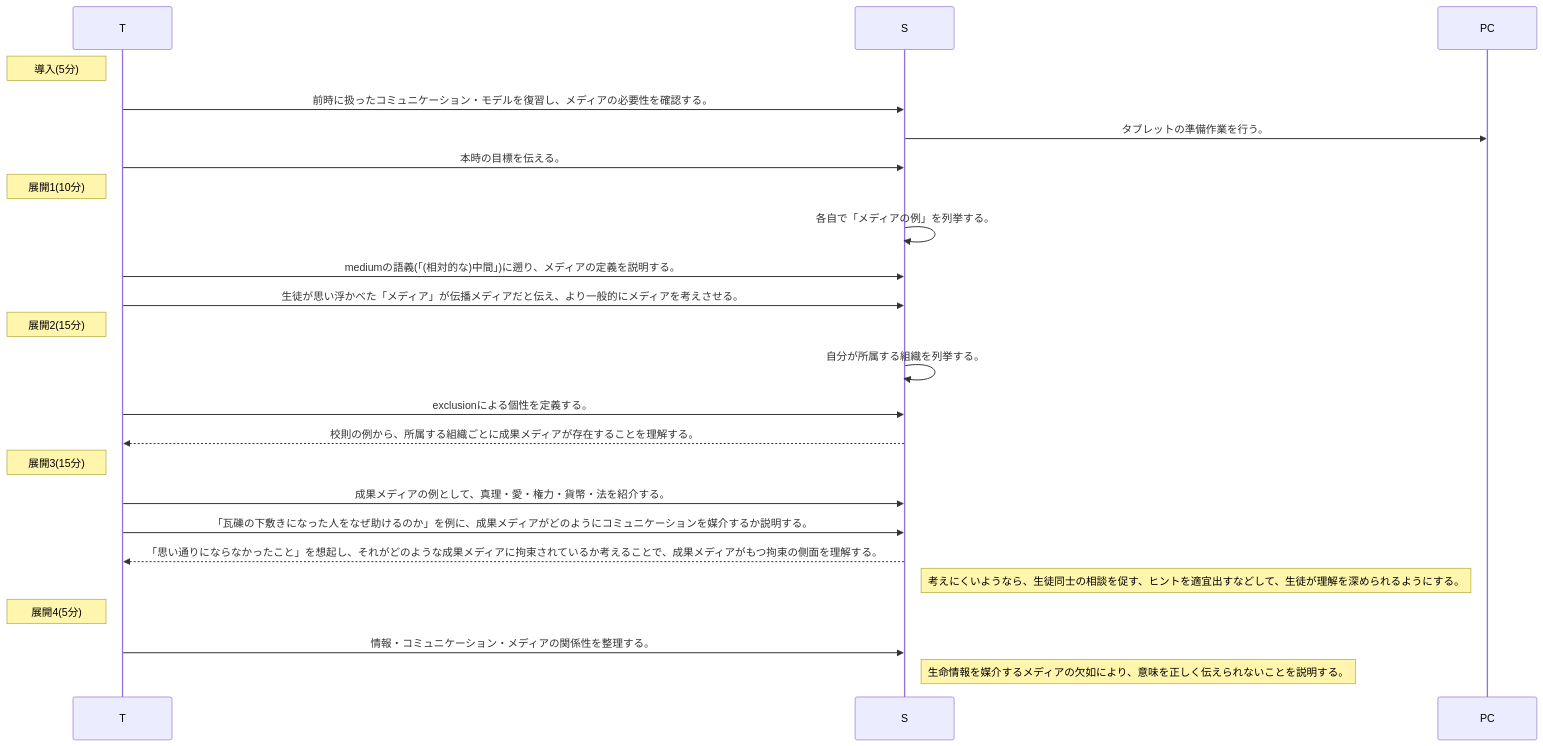
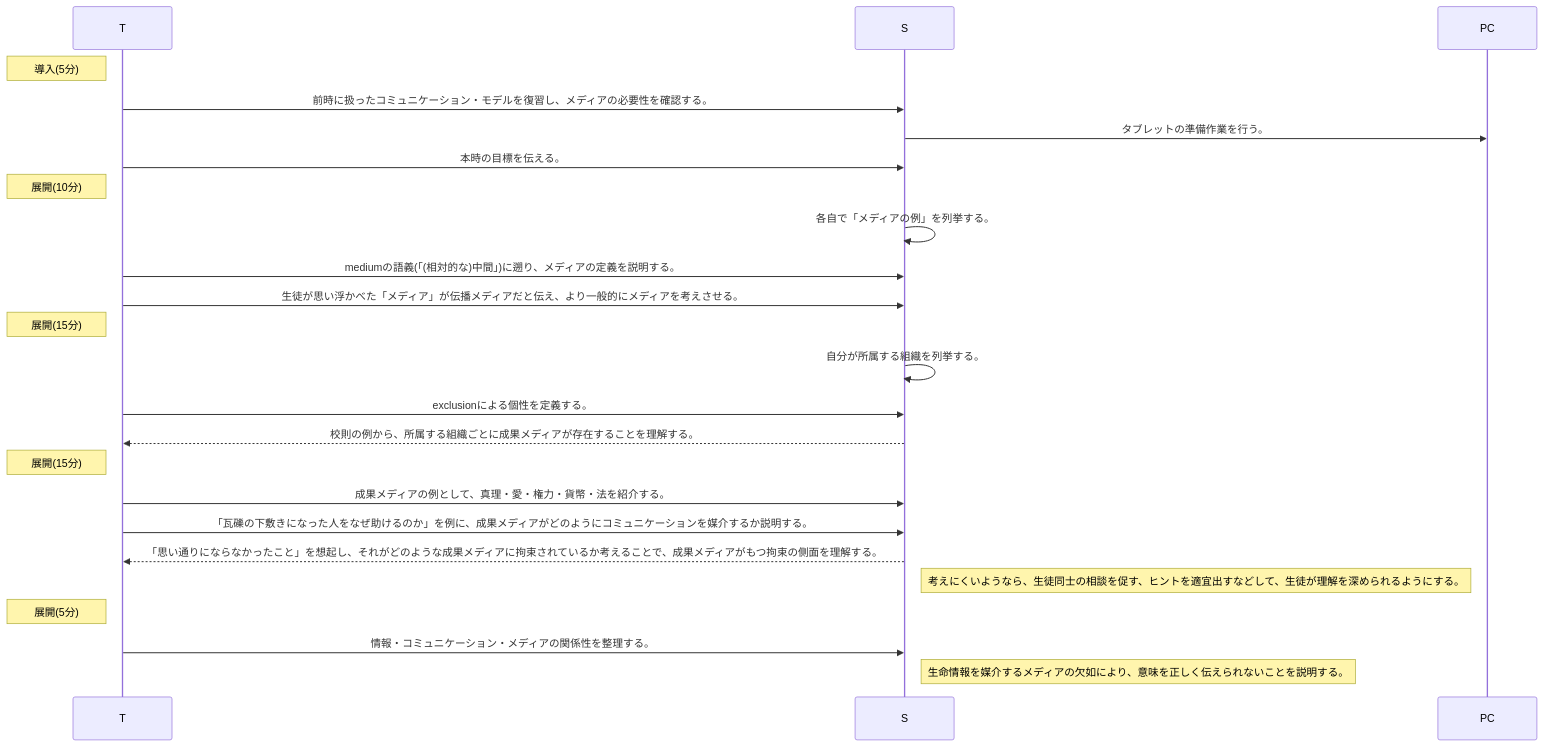
Before and after one commit to saireya/plan-informatics: the first of 2 diagrams in communication/media.md, drawn with Mermaid. The commit also changed other lines of this file, not shown here.

Commit message:
Removed no

````diff
--- a/communication/media.md
+++ b/communication/media.md
@@ -31,31 +31,31 @@
 ```mermaid
 sequenceDiagram
 	participant T
 	participant S
 	participant PC
 
 Note left of T: 導入(5分)
 	T->>S: 前時に扱ったコミュニケーション・モデルを復習し、メディアの必要性を確認する。
 	S->>PC: タブレットの準備作業を行う。
 	T->>S: 本時の目標を伝える。
 
-Note left of T: 展開1(10分)
+Note left of T: 展開(10分)
 	S->>S: 各自で「メディアの例」を列挙する。
 	T->>S: mediumの語義(「(相対的な)中間」)に遡り、メディアの定義を説明する。
 	T->>S: 生徒が思い浮かべた「メディア」が伝播メディアだと伝え、より一般的にメディアを考えさせる。
 
-Note left of T: 展開2(15分)
+Note left of T: 展開(15分)
 	S->>S: 自分が所属する組織を列挙する。
 	T->>S: exclusionによる個性を定義する。
 	S-->>T: 校則の例から、所属する組織ごとに成果メディアが存在することを理解する。
 
-Note left of T: 展開3(15分)
+Note left of T: 展開(15分)
 	T->>S: 成果メディアの例として、真理・愛・権力・貨幣・法を紹介する。
 	T->>S: 「瓦礫の下敷きになった人をなぜ助けるのか」を例に、成果メディアがどのようにコミュニケーションを媒介するか説明する。
 	S-->>T: 「思い通りにならなかったこと」を想起し、それがどのような成果メディアに拘束されているか考えることで、成果メディアがもつ拘束の側面を理解する。
 	Note right of S: 考えにくいようなら、生徒同士の相談を促す、ヒントを適宜出すなどして、生徒が理解を深められるようにする。
 
-Note left of T: 展開4(5分)
+Note left of T: 展開(5分)
 	T->>S: 情報・コミュニケーション・メディアの関係性を整理する。
 	Note right of S: 生命情報を媒介するメディアの欠如により、意味を正しく伝えられないことを説明する。
 ```
````
